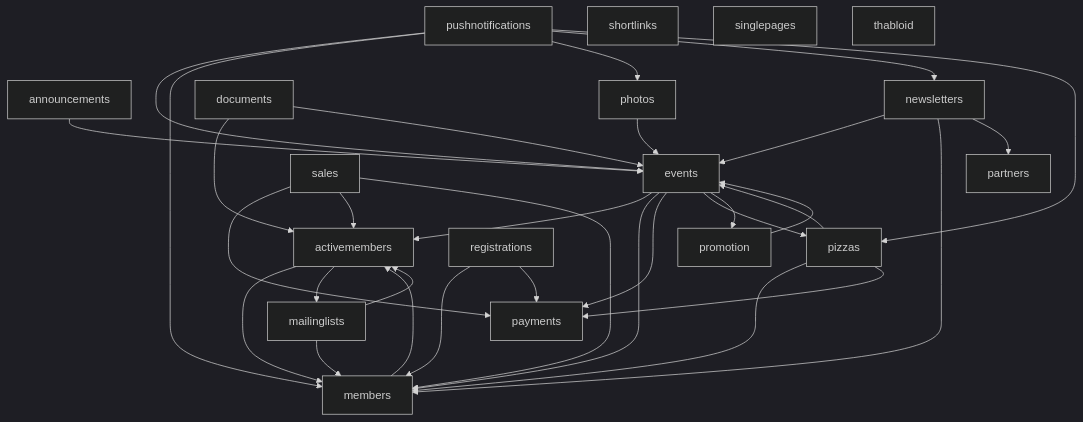
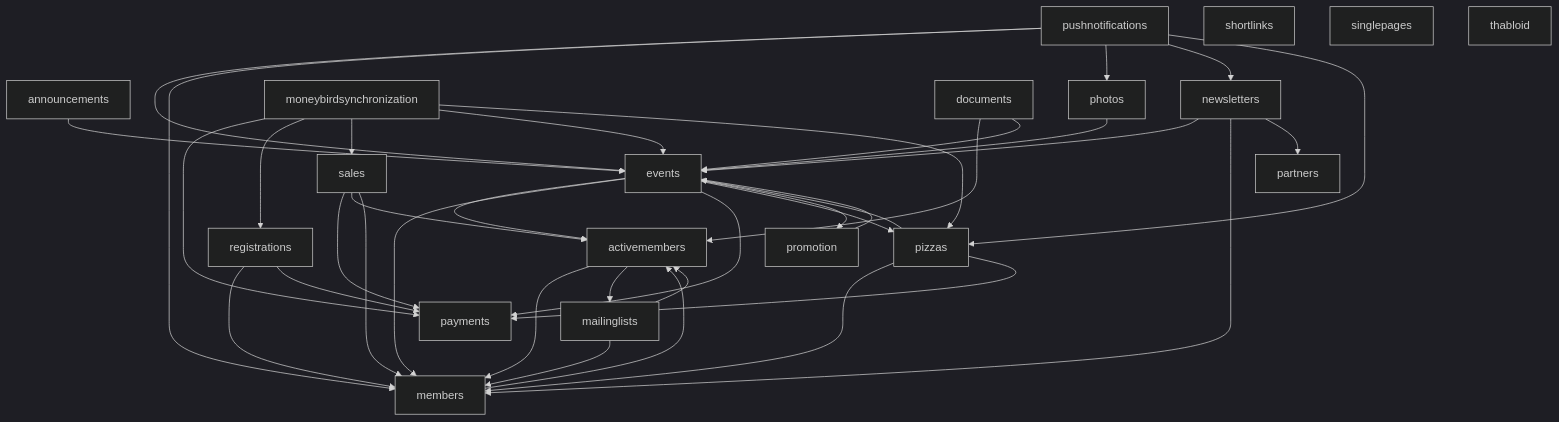
The diagram in README.md (svthalia/concrexit), drawn with Mermaid (dark theme) before and after one commit. The commit also changed 1 other file, not shown here.

````diff
--- a/README.md
+++ b/README.md
@@ -69,47 +69,52 @@
 ```mermaid
 graph TD;
     announcements --> events;
     activemembers --> members;
     activemembers --> mailinglists;
     events --> activemembers;
     events --> members;
     events --> payments;
     mailinglists --> activemembers;
     mailinglists --> members;
     newsletters --> events;
     newsletters --> members;
     newsletters --> partners;
     photos --> events;
     pizzas --> events;
     pizzas --> members;
     pizzas --> payments;
     promotion --> events;
     pushnotifications --> events;
     pushnotifications --> members;
     pushnotifications --> photos;
     pushnotifications --> newsletters;
     pushnotifications --> pizzas;
     registrations --> members;
     registrations --> payments;
     sales --> payments;
     sales --> activemembers;
     sales --> members;
+    moneybirdsynchronization --> payments;
+    moneybirdsynchronization --> registrations;
+    moneybirdsynchronization --> sales;
+    moneybirdsynchronization --> events;
+    moneybirdsynchronization --> pizzas;
 
     documents;
     partners;
     shortlinks;
     singlepages;
     thabloid;
 
     %% Current dependencies that are problematic and for which issues exist for fixing
     %% 2757
     documents --> activemembers;
     documents --> events;
 
     %% #2753
     events --> pizzas;
     events --> promotion;
 
     %% #2756
     members --> activemembers;
 ```
````
